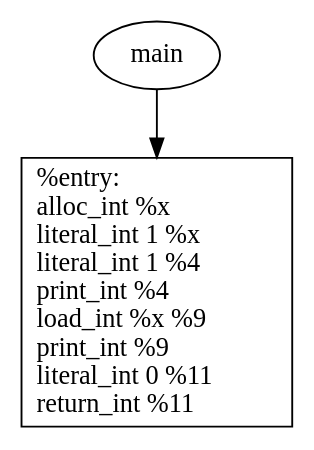
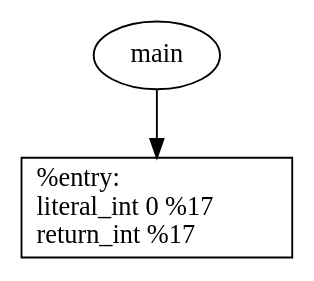
The diagram in main.gv (barddes/ply-python-compiler), drawn with Graphviz before and after one commit. The commit also changed 7 other files, not shown here.

```diff
--- a/main.gv
+++ b/main.gv
@@ -1,6 +1,6 @@
 digraph g {
 	node [shape=record]
 	main [shape=ellipse]
 	main -> "%entry"
-	"%entry" [label="{%entry:\l	  alloc_int %x \l	  literal_int 1 %x \l	  literal_int 1 %4 \l	  print_int %4 \l	  load_int %x %9 \l	  print_int %9 \l	  literal_int 0 %11 \l	  return_int %11\l	}"]
+	"%entry" [label="{%entry:\l	  literal_int 0 %17 \l	  return_int %17\l	}"]
 }
```
